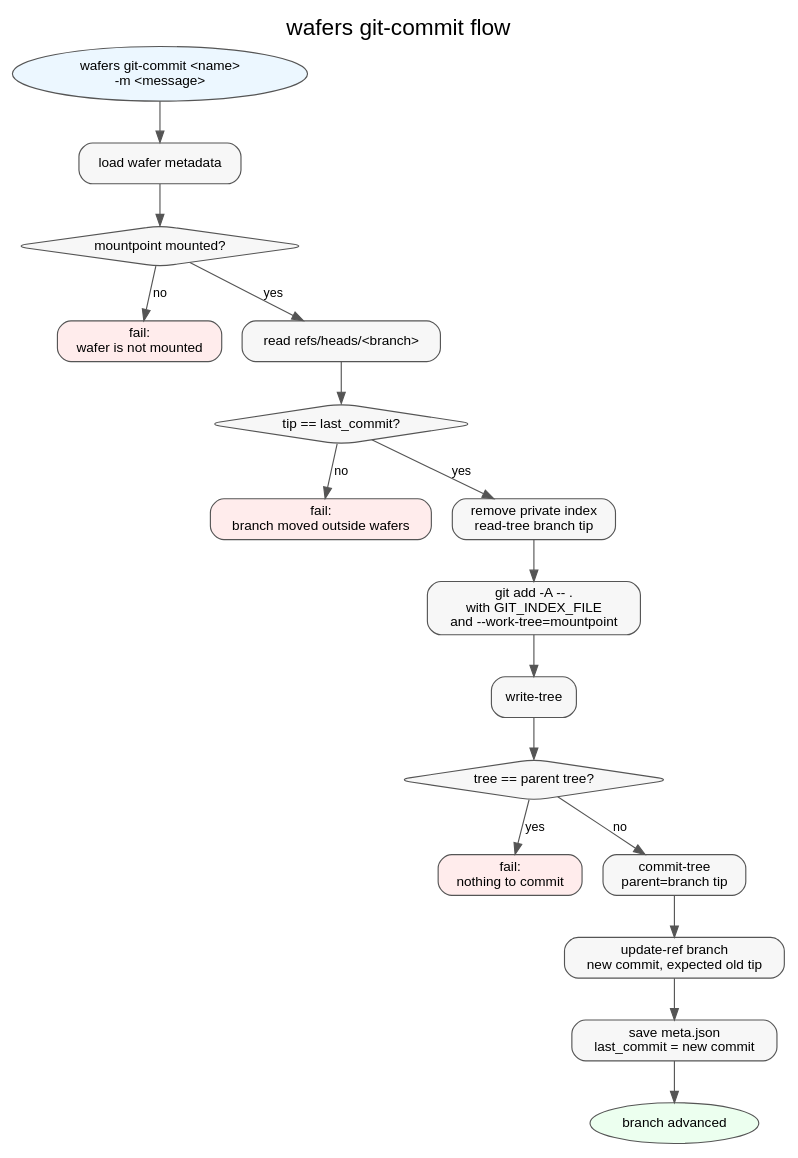
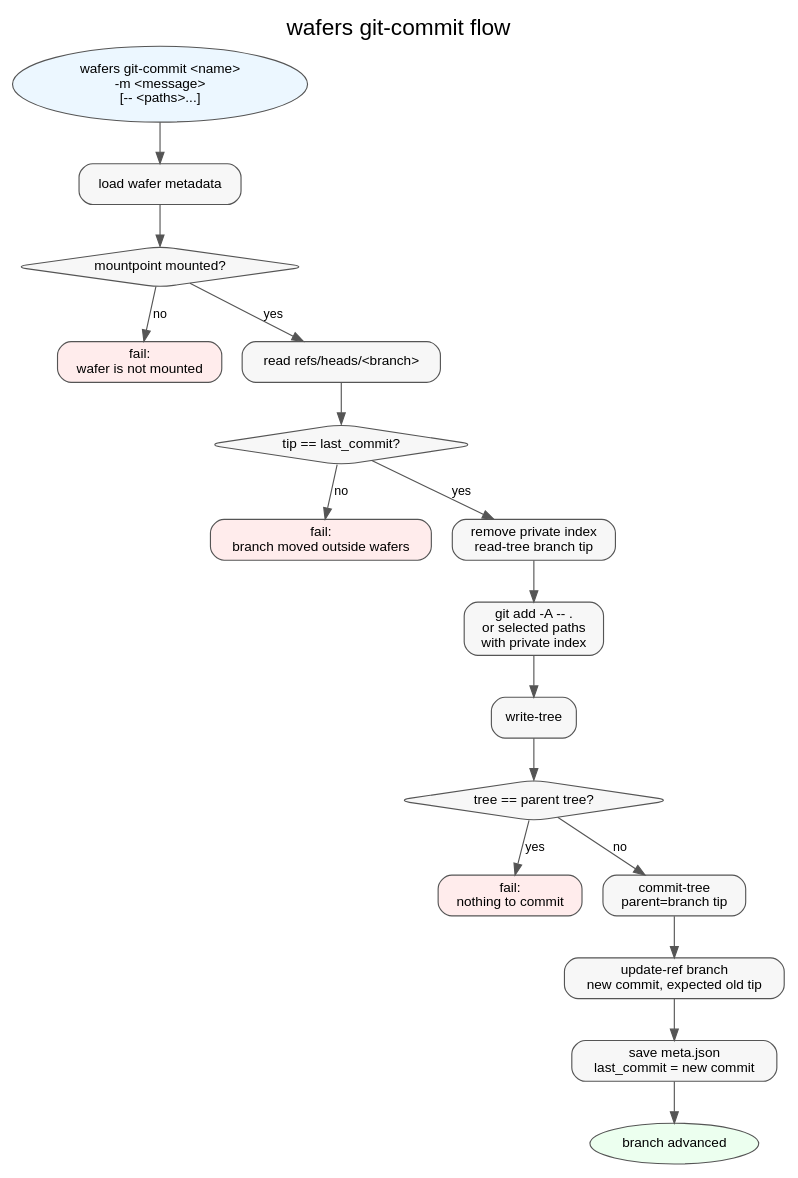
The diagram in docs/assets/git-commit-flow.dot (satmihir/wafers), drawn with Graphviz before and after one commit. The commit also changed 8 other files, not shown here.

```diff
--- a/docs/assets/git-commit-flow.dot
+++ b/docs/assets/git-commit-flow.dot
@@ -1,52 +1,52 @@
 digraph wafers_git_commit_flow {
   graph [
     rankdir=TB,
     labelloc=t,
     label="wafers git-commit flow",
     fontname="Helvetica",
     fontsize=20
   ];
 
   node [
     shape=box,
     style="rounded,filled",
     fontname="Helvetica",
     fontsize=12,
     fillcolor="#f7f7f7",
     color="#555555"
   ];
 
   edge [
     fontname="Helvetica",
     fontsize=11,
     color="#555555"
   ];
 
-  start [shape=oval, label="wafers git-commit <name>\n-m <message>", fillcolor="#ecf7ff"];
+  start [shape=oval, label="wafers git-commit <name>\n-m <message>\n[-- <paths>...]", fillcolor="#ecf7ff"];
   load [label="load wafer metadata"];
   mounted [shape=diamond, label="mountpoint mounted?"];
   fail_mount [label="fail:\nwafer is not mounted", fillcolor="#ffecec"];
   read_tip [label="read refs/heads/<branch>"];
   moved [shape=diamond, label="tip == last_commit?"];
   fail_moved [label="fail:\nbranch moved outside wafers", fillcolor="#ffecec"];
   reset_index [label="remove private index\nread-tree branch tip"];
-  add_all [label="git add -A -- .\nwith GIT_INDEX_FILE\nand --work-tree=mountpoint"];
+  add_all [label="git add -A -- .\nor selected paths\nwith private index"];
   write_tree [label="write-tree"];
   empty [shape=diamond, label="tree == parent tree?"];
   fail_empty [label="fail:\nnothing to commit", fillcolor="#ffecec"];
   commit_tree [label="commit-tree\nparent=branch tip"];
   update_ref [label="update-ref branch\nnew commit, expected old tip"];
   save_meta [label="save meta.json\nlast_commit = new commit"];
   done [shape=oval, label="branch advanced", fillcolor="#ecffef"];
 
   start -> load -> mounted;
   mounted -> fail_mount [label="no"];
   mounted -> read_tip [label="yes"];
   read_tip -> moved;
   moved -> fail_moved [label="no"];
   moved -> reset_index [label="yes"];
   reset_index -> add_all -> write_tree -> empty;
   empty -> fail_empty [label="yes"];
   empty -> commit_tree [label="no"];
   commit_tree -> update_ref -> save_meta -> done;
 }
```
